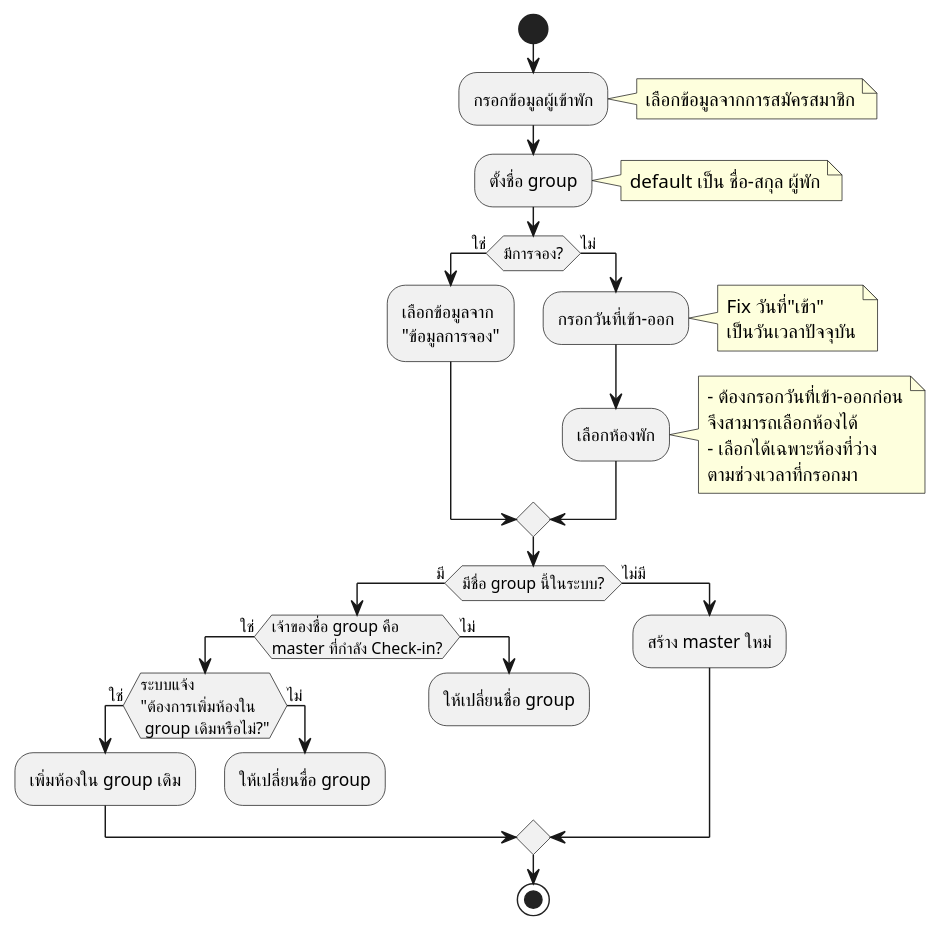
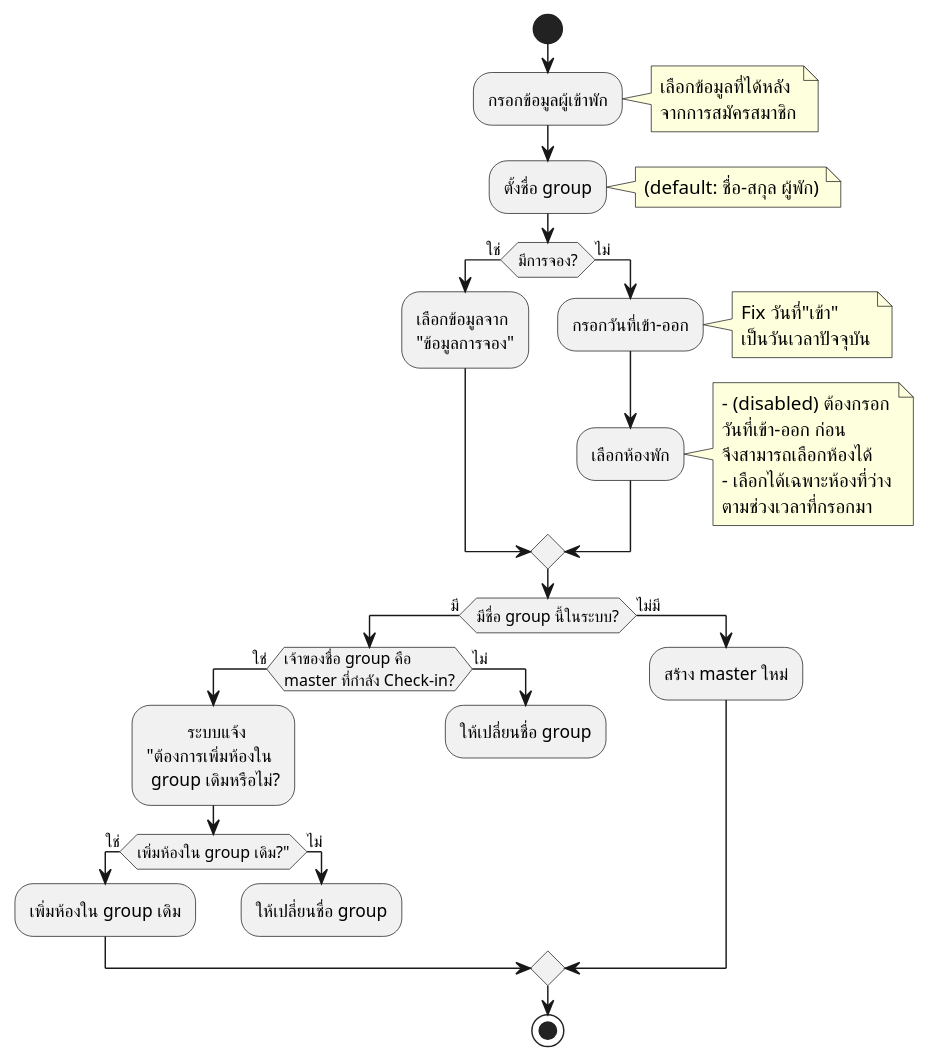
Before and after one commit to cheat13/Prompiman_Diagram: the diagram in activity-diagram/Check-in/Check-in.md, drawn with PlantUML. The commit also changed 1 other file, not shown here.

Commit message:
edit Check-in

```diff
--- a/activity-diagram/Check-in/Check-in.md
+++ b/activity-diagram/Check-in/Check-in.md
@@ -1,46 +1,51 @@
 @startuml
 start
 
 :กรอกข้อมูลผู้เข้าพัก;
-note right: เลือกข้อมูลจากการสมัครสมาชิก
+note right 
+    เลือกข้อมูลที่ได้หลัง
+    จากการสมัครสมาชิก
+endnote
 
 :ตั้งชื่อ group;
-note right: default เป็น ชื่อ-สกุล ผู้พัก
+note right: (default: ชื่อ-สกุล ผู้พัก)
 
 if (มีการจอง?) then (ใช่)
     :เลือกข้อมูลจาก\n"ข้อมูลการจอง";
 else (ไม่)
     :กรอกวันที่เข้า-ออก;
     note right
         Fix วันที่"เข้า"
         เป็นวันเวลาปัจจุบัน
     endnote
 
     :เลือกห้องพัก;
     note right
-        - ต้องกรอกวันที่เข้า-ออกก่อน
+        - (disabled) ต้องกรอก
+        วันที่เข้า-ออก ก่อน
         จึงสามารถเลือกห้องได้
         - เลือกได้เฉพาะห้องที่ว่าง
         ตามช่วงเวลาที่กรอกมา
     endnote
 
 endif
   
 if (มีชื่อ group นี้ในระบบ?) then (มี)
     if (เจ้าของชื่อ group คือ\nmaster ที่กำลัง Check-in?) then (ใช่)
-        if (ระบบแจ้ง\n"ต้องการเพิ่มห้องใน\n group เดิมหรือไม่?") then (ใช่)
+        :         ระบบแจ้ง\n"ต้องการเพิ่มห้องใน\n group เดิมหรือไม่?;
+        if (เพิ่มห้องใน group เดิม?") then (ใช่)
         :เพิ่มห้องใน group เดิม;
         else (ไม่)
             :ให้เปลี่ยนชื่อ group;
             detach
         endif
     else (ไม่)
         :ให้เปลี่ยนชื่อ group;
         detach
     endif
 else (ไม่มี)
     :สร้าง master ใหม่;    
 endif
 
 stop
 @enduml
```
